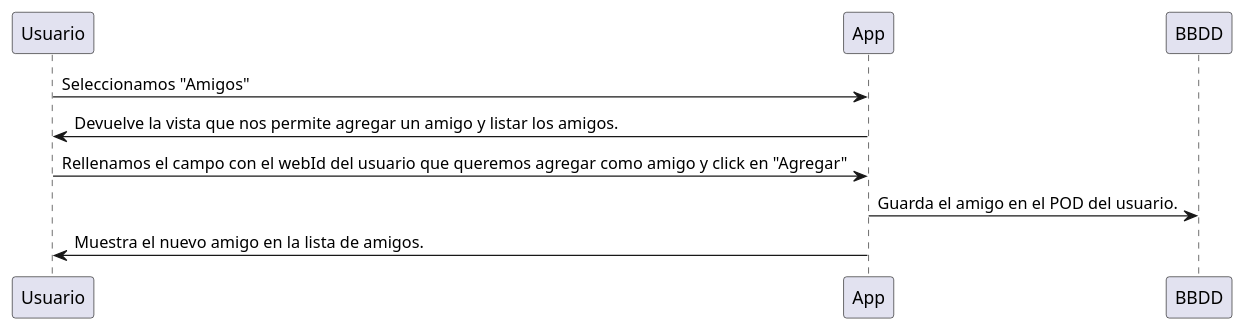
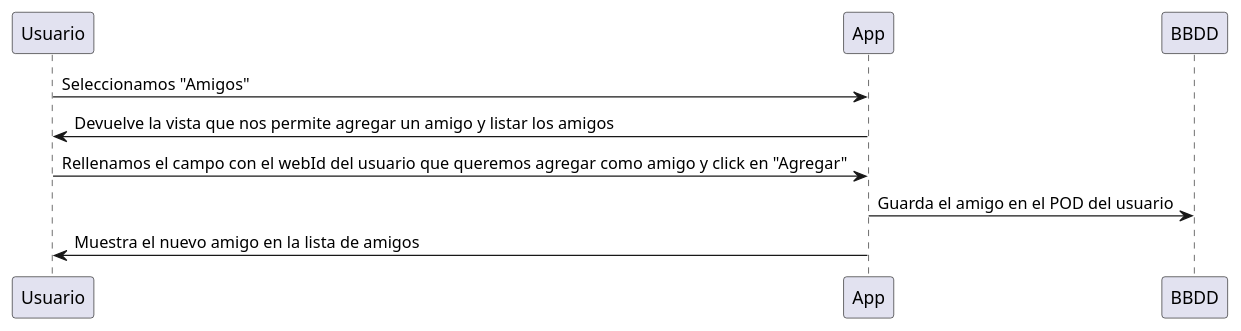
One commit to Arquisoft/viade_es5b changed the fourth of 7 diagrams in src/docs/06_runtime_view.adoc. Above: the diagram before and after it, drawn with PlantUML. The commit also changed other lines of this file, not shown here.

```diff
--- a/src/docs/06_runtime_view.adoc
+++ b/src/docs/06_runtime_view.adoc
@@ -93,8 +93,8 @@
 [plantuml,"DiagramaAgregarAmigoExistente",png]
 ----
 Usuario -> App: Seleccionamos "Amigos"
-App -> Usuario: Devuelve la vista que nos permite agregar un amigo y listar los amigos.
+App -> Usuario: Devuelve la vista que nos permite agregar un amigo y listar los amigos
 Usuario -> App: Rellenamos el campo con el webId del usuario que queremos agregar como amigo y click en "Agregar"
-App -> BBDD: Guarda el amigo en el POD del usuario.
-App -> Usuario: Muestra el nuevo amigo en la lista de amigos.
+App -> BBDD: Guarda el amigo en el POD del usuario
+App -> Usuario: Muestra el nuevo amigo en la lista de amigos
 ----
```
